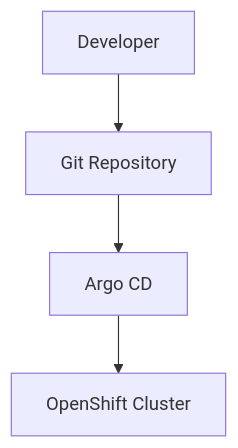
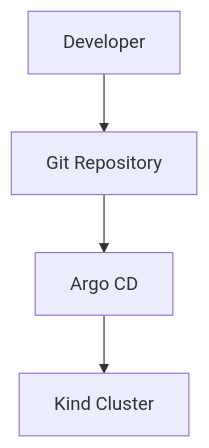
One commit to fedesa92/learning-gitOps changed the fourth of 5 diagrams in ARCHITECTURE.md. Above: the diagram before and after it, drawn with Mermaid. The commit also changed other lines of this file and 4 other files, not shown here.

````diff
--- a/ARCHITECTURE.md
+++ b/ARCHITECTURE.md
@@ -249,6 +249,6 @@
 ```mermaid
 graph TD
     A[Developer] --> B[Git Repository]
     B --> C[Argo CD]
-    C --> D[OpenShift Cluster]
+    C --> D[Kind Cluster]
 ```
````
